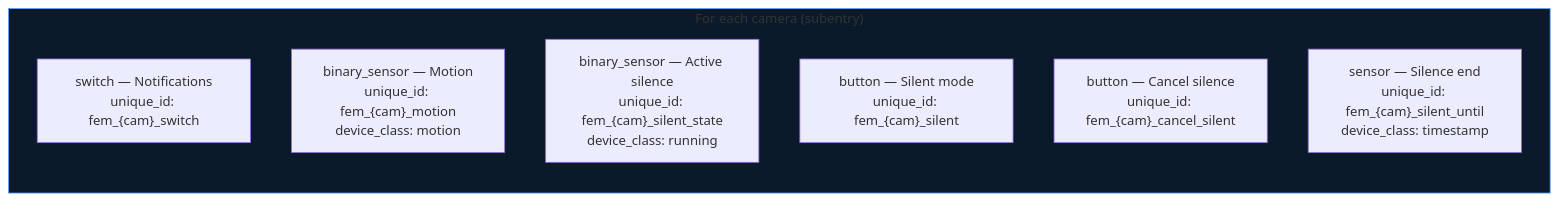
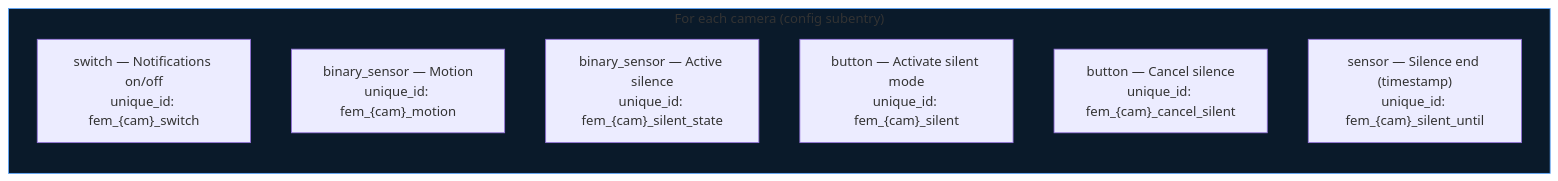
The fourth of 5 diagrams in docs/architecture.md (trowaflo/frigate-event-manager), drawn with Mermaid before and after one commit. The commit also changed other lines of this file and 1 other file, not shown here.

Commit message:
docs: rationalize documentation — README, architecture, notifications

````diff
--- a/docs/architecture.md
+++ b/docs/architecture.md
@@ -198,13 +126,13 @@
 ```mermaid
 graph LR
-    subgraph camera["For each camera (subentry)"]
-        D["switch — Notifications\nunique_id: fem_{cam}_switch"]
-        E["binary_sensor — Motion\nunique_id: fem_{cam}_motion\ndevice_class: motion"]
-        E2["binary_sensor — Active silence\nunique_id: fem_{cam}_silent_state\ndevice_class: running"]
-        F["button — Silent mode\nunique_id: fem_{cam}_silent"]
+    subgraph camera["For each camera (config subentry)"]
+        D["switch — Notifications on/off\nunique_id: fem_{cam}_switch"]
+        E["binary_sensor — Motion\nunique_id: fem_{cam}_motion"]
+        E2["binary_sensor — Active silence\nunique_id: fem_{cam}_silent_state"]
+        F["button — Activate silent mode\nunique_id: fem_{cam}_silent"]
         F2["button — Cancel silence\nunique_id: fem_{cam}_cancel_silent"]
-        G["sensor — Silence end\nunique_id: fem_{cam}_silent_until\ndevice_class: timestamp"]
+        G["sensor — Silence end (timestamp)\nunique_id: fem_{cam}_silent_until"]
     end
 
     style camera fill:#0a1a2a,stroke:#58a6ff
 ```
````
